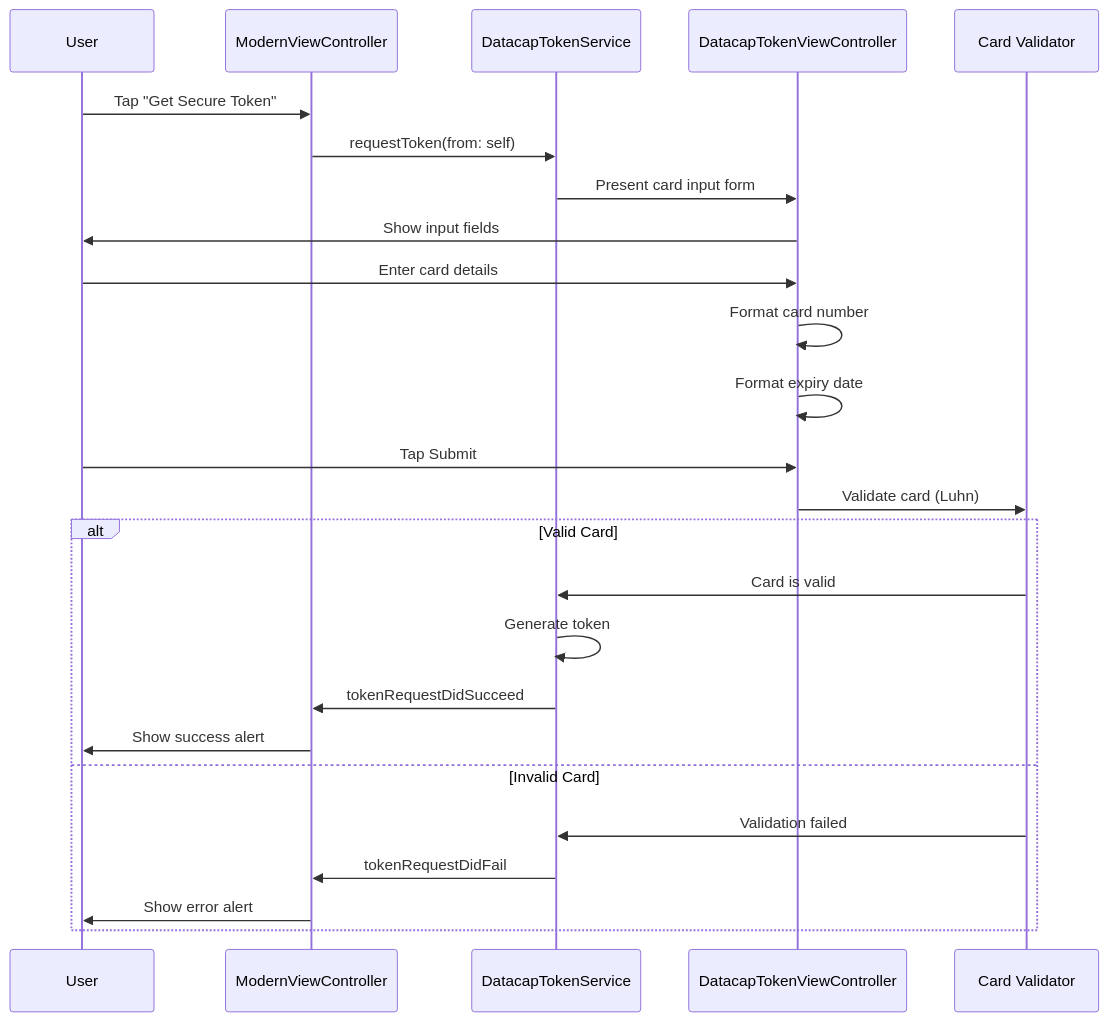
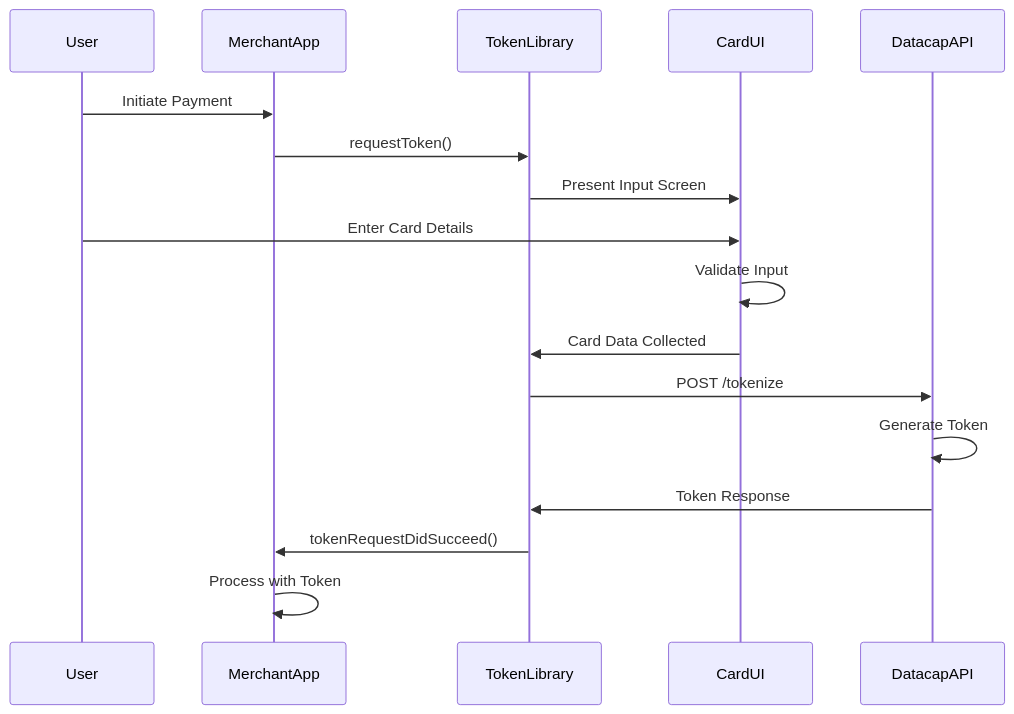
The fourth of 4 diagrams in README.md (datacapsystems/Datacap-MobileToken-iOS-2025), drawn with Mermaid before and after one commit. The commit also changed other lines of this file and 15 other files, not shown here.

````diff
--- a/README.md
+++ b/README.md
@@ -192,28 +130,20 @@
 ```mermaid
 sequenceDiagram
     participant User
-    participant UI as ModernViewController
-    participant Service as DatacapTokenService
-    participant Input as DatacapTokenViewController
-    participant Validator as Card Validator
+    participant MerchantApp
+    participant TokenLibrary
+    participant CardUI
+    participant DatacapAPI
     
-    User->>UI: Tap "Get Secure Token"
-    UI->>Service: requestToken(from: self)
-    Service->>Input: Present card input form
-    Input->>User: Show input fields
-    User->>Input: Enter card details
-    Input->>Input: Format card number
-    Input->>Input: Format expiry date
-    User->>Input: Tap Submit
-    Input->>Validator: Validate card (Luhn)
-    alt Valid Card
-        Validator->>Service: Card is valid
-        Service->>Service: Generate token
-        Service->>UI: tokenRequestDidSucceed
-        UI->>User: Show success alert
-    else Invalid Card
-        Validator->>Service: Validation failed
-        Service->>UI: tokenRequestDidFail
-        UI->>User: Show error alert
-    end
+    User->>MerchantApp: Initiate Payment
+    MerchantApp->>TokenLibrary: requestToken()
+    TokenLibrary->>CardUI: Present Input Screen
+    User->>CardUI: Enter Card Details
+    CardUI->>CardUI: Validate Input
+    CardUI->>TokenLibrary: Card Data Collected
+    TokenLibrary->>DatacapAPI: POST /tokenize
+    DatacapAPI->>DatacapAPI: Generate Token
+    DatacapAPI->>TokenLibrary: Token Response
+    TokenLibrary->>MerchantApp: tokenRequestDidSucceed()
+    MerchantApp->>MerchantApp: Process with Token
 ```
````
